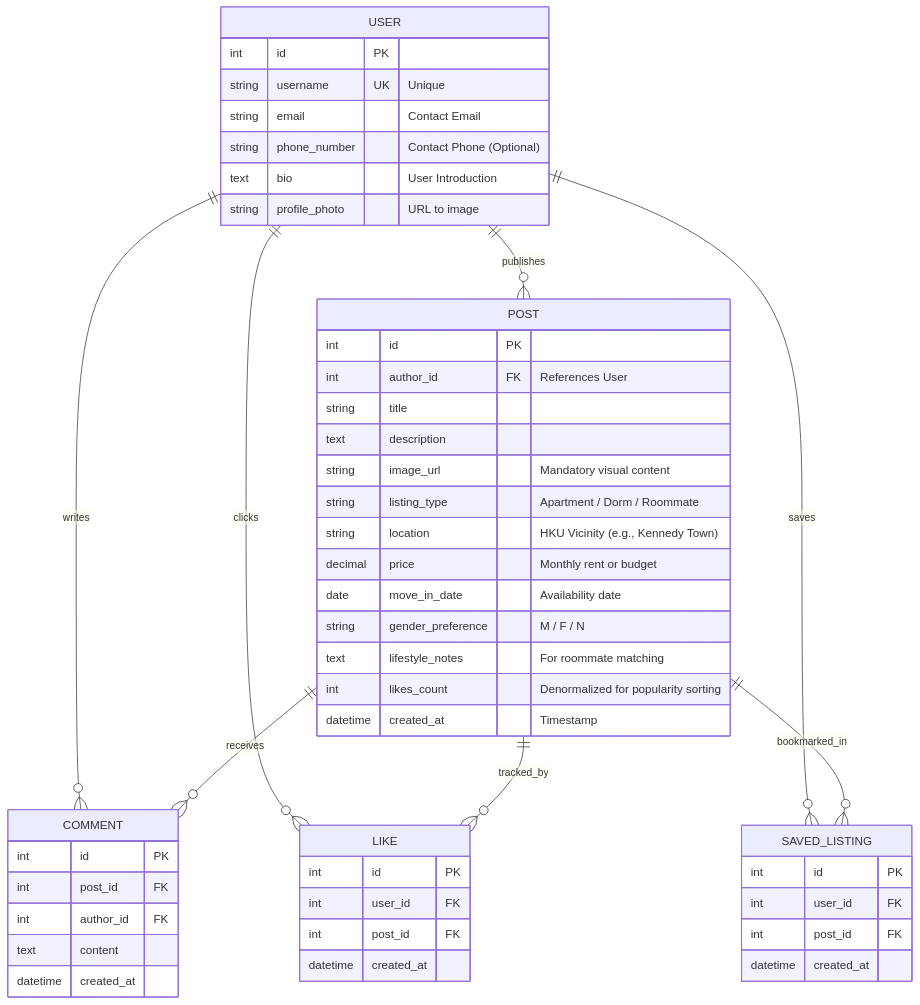
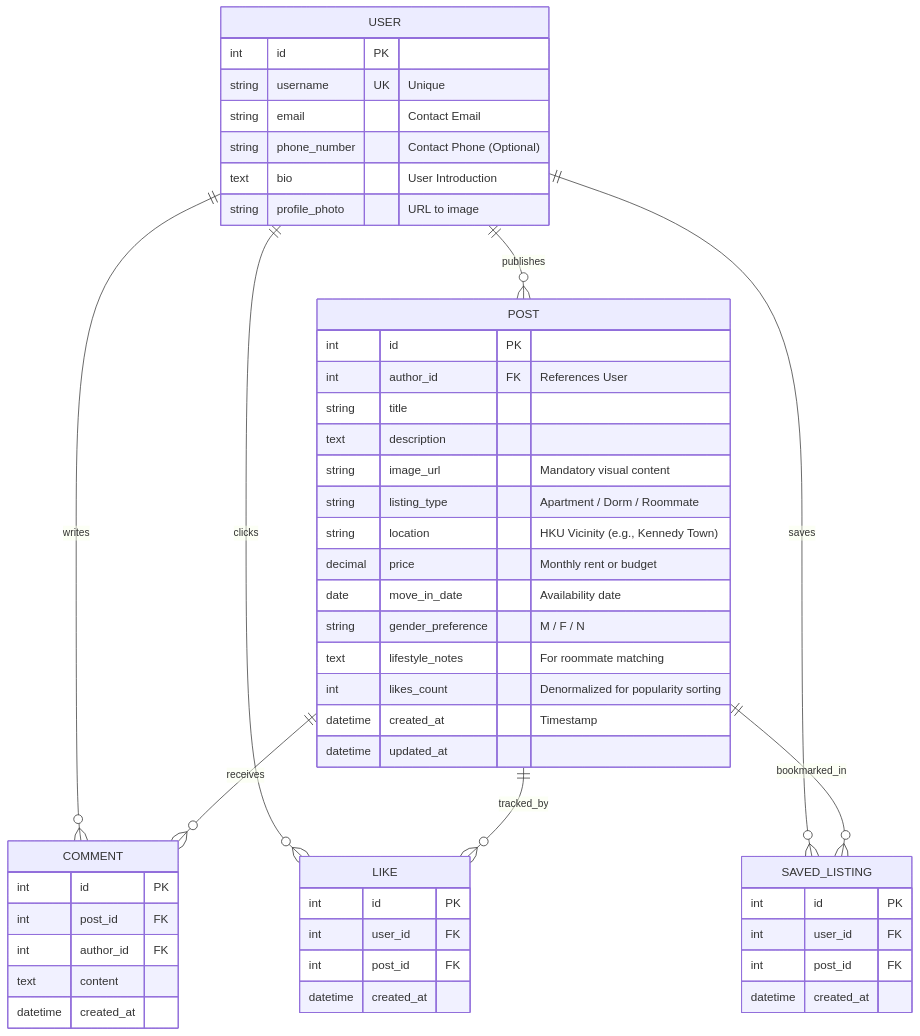
The diagram in docs/database-schema.md (danialutegenov/roomieHKU-app), drawn with Mermaid before and after one commit.

````diff
--- a/docs/database-schema.md
+++ b/docs/database-schema.md
@@ -11,58 +11,59 @@
 ```mermaid
 erDiagram
     USER ||--o{ POST : "publishes"
     USER ||--o{ COMMENT : "writes"
     USER ||--o{ LIKE : "clicks"
     USER ||--o{ SAVED_LISTING : "saves"
     
     POST ||--o{ COMMENT : "receives"
     POST ||--o{ LIKE : "tracked_by"
     POST ||--o{ SAVED_LISTING : "bookmarked_in"
 
     USER {
         int id PK
         string username UK "Unique"
         string email "Contact Email"
         string phone_number "Contact Phone (Optional)"
         text bio "User Introduction"
         string profile_photo "URL to image"
     }
 
     POST {
         int id PK
         int author_id FK "References User"
         string title
         text description
         string image_url "Mandatory visual content"
         string listing_type "Apartment / Dorm / Roommate"
         string location "HKU Vicinity (e.g., Kennedy Town)"
         decimal price "Monthly rent or budget"
         date move_in_date "Availability date"
         string gender_preference "M / F / N"
         text lifestyle_notes "For roommate matching"
         int likes_count "Denormalized for popularity sorting"
         datetime created_at "Timestamp"
+        datetime updated_at
     }
 
     COMMENT {
         int id PK
         int post_id FK
         int author_id FK
         text content
         datetime created_at
     }
 
     LIKE {
         int id PK
         int user_id FK
         int post_id FK
         datetime created_at
     }
 
     SAVED_LISTING {
         int id PK
         int user_id FK
         int post_id FK
         datetime created_at
     }
 ```
````
